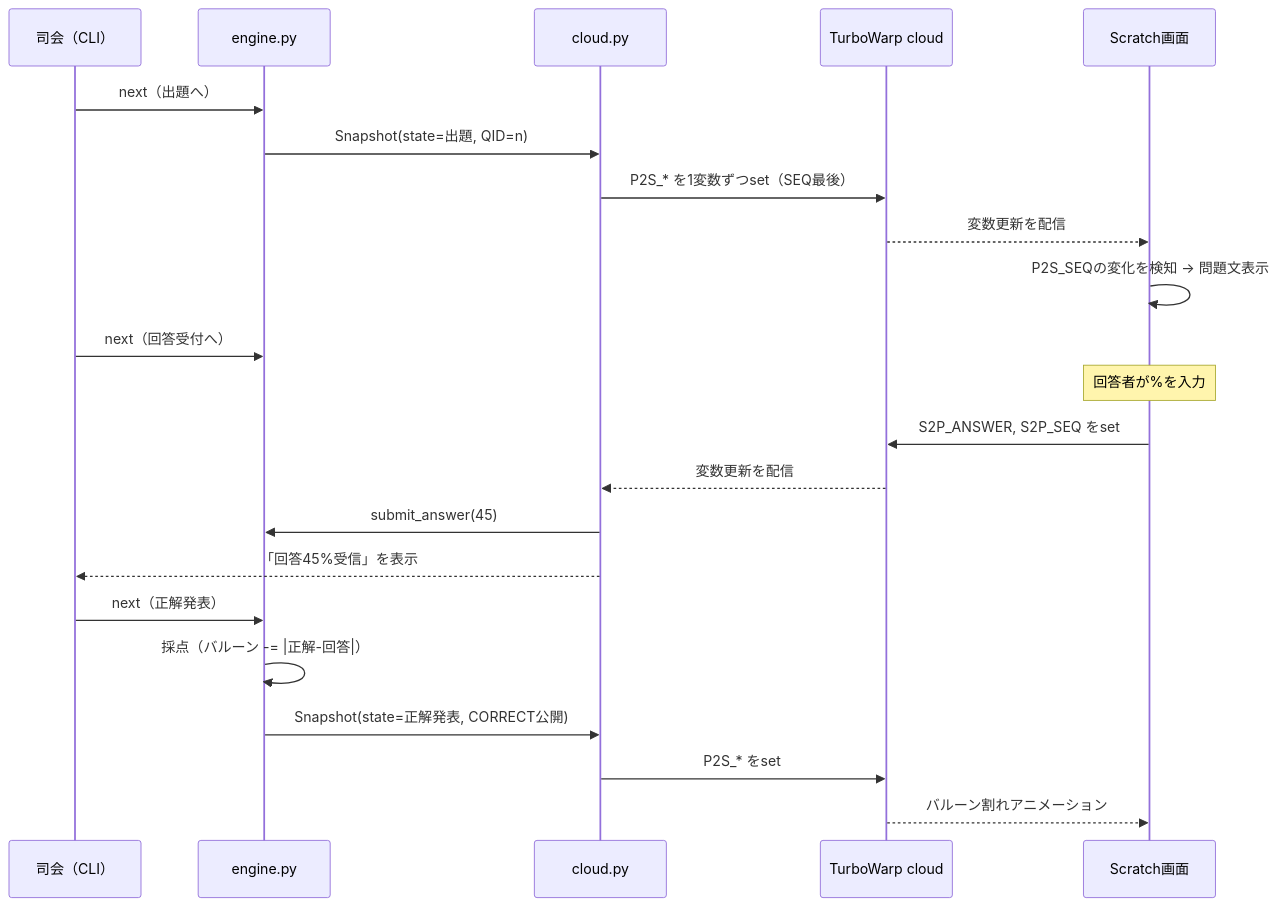
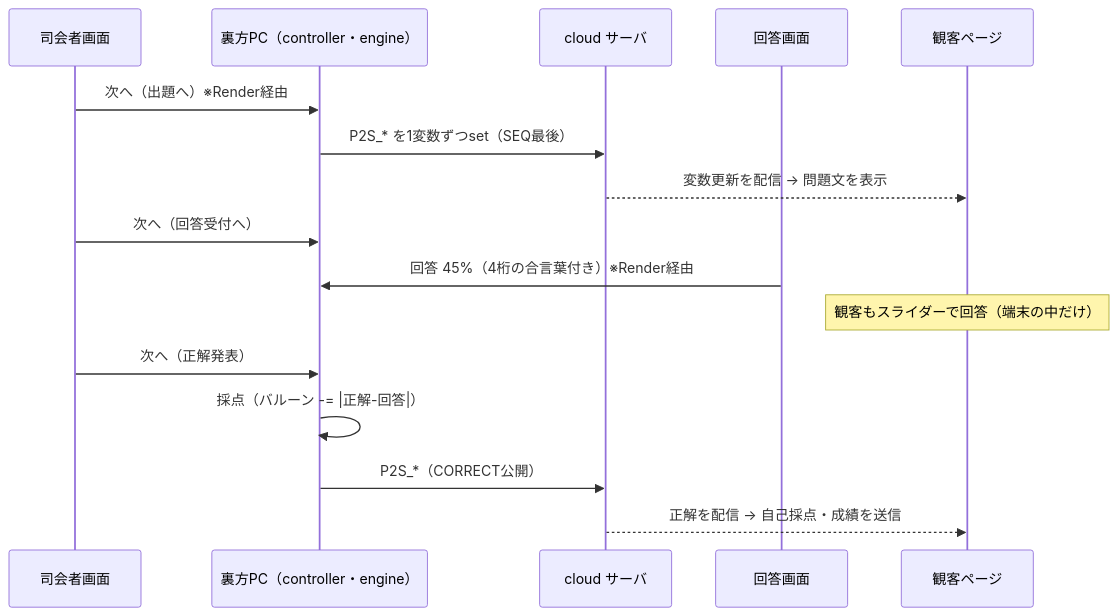
One commit to suzuka-kosen-festa/2026-suzuleague changed the fourth of 4 diagrams in docs/architecture.md. Above: the diagram before and after it, drawn with Mermaid. The commit also changed other lines of this file and 7 other files, not shown here.

````diff
--- a/docs/architecture.md
+++ b/docs/architecture.md
@@ -216,25 +318,19 @@
 ```mermaid
 sequenceDiagram
-    participant 司会 as 司会（CLI）
-    participant E as engine.py
-    participant C as cloud.py
-    participant TW as TurboWarp cloud
-    participant S as Scratch画面
+    participant H as 司会者画面
+    participant B as 裏方PC（controller・engine）
+    participant TW as cloud サーバ
+    participant P as 回答画面
+    participant A as 観客ページ
 
-    司会->>E: next（出題へ）
-    E->>C: Snapshot(state=出題, QID=n)
-    C->>TW: P2S_* を1変数ずつset（SEQ最後）
-    TW-->>S: 変数更新を配信
-    S->>S: P2S_SEQの変化を検知 → 問題文表示
-    司会->>E: next（回答受付へ）
-    Note over S: 回答者が%を入力
-    S->>TW: S2P_ANSWER, S2P_SEQ をset
-    TW-->>C: 変数更新を配信
-    C->>E: submit_answer(45)
-    C-->>司会: 「回答45%受信」を表示
-    司会->>E: next（正解発表）
-    E->>E: 採点（バルーン -= |正解-回答|）
-    E->>C: Snapshot(state=正解発表, CORRECT公開)
-    C->>TW: P2S_* をset
-    TW-->>S: バルーン割れアニメーション
+    H->>B: 次へ（出題へ）※Render経由
+    B->>TW: P2S_* を1変数ずつset（SEQ最後）
+    TW-->>A: 変数更新を配信 → 問題文を表示
+    H->>B: 次へ（回答受付へ）
+    P->>B: 回答 45%（4桁の合言葉付き）※Render経由
+    Note over A: 観客もスライダーで回答（端末の中だけ）
+    H->>B: 次へ（正解発表）
+    B->>B: 採点（バルーン -= |正解-回答|）
+    B->>TW: P2S_*（CORRECT公開）
+    TW-->>A: 正解を配信 → 自己採点・成績を送信
 ```
````
